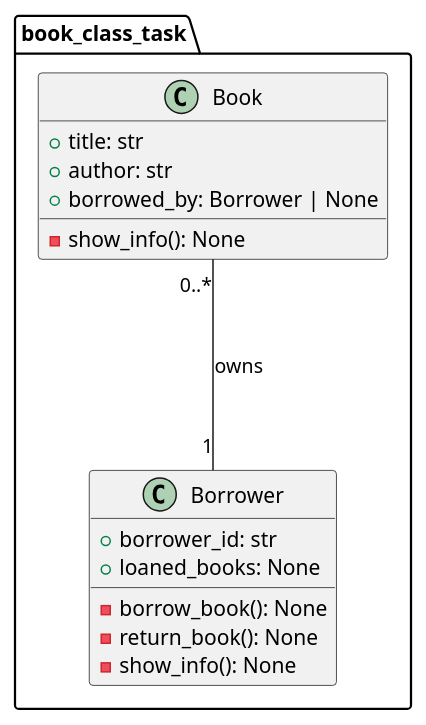
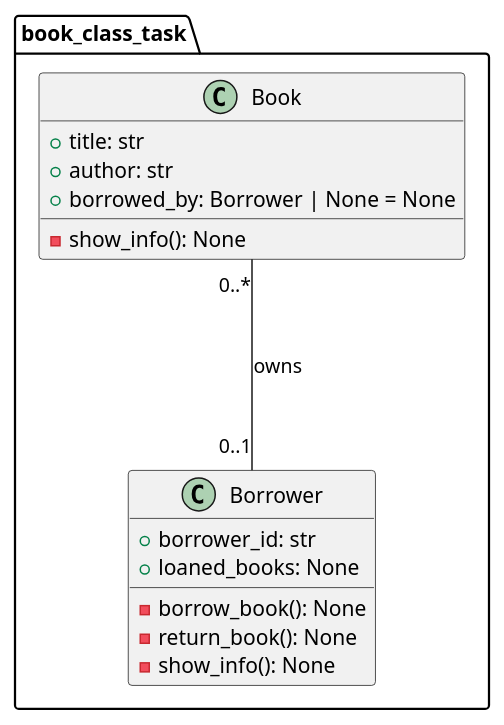
The diagram in src/tasks/3_before_third_test/book_UML.puml (LakBud/Informasjonsteknologi-2-Python-Course), drawn with PlantUML before and after one commit. The commit also changed 9 other files, not shown here.

```diff
--- a/src/tasks/3_before_third_test/book_UML.puml
+++ b/src/tasks/3_before_third_test/book_UML.puml
@@ -1,21 +1,21 @@
 @startuml book_class_task
 !pragma useIntermediatePackages false
 
 class book_class_task.Book {
   + title: str
   + author: str
-  + borrowed_by: Borrower | None
+  + borrowed_by: Borrower | None = None
   - show_info(): None
 }
 
 class book_class_task.Borrower {
   + borrower_id: str
   + loaned_books: None
   - borrow_book(): None
   - return_book(): None
   - show_info(): None
 }
 
-book_class_task.Book "0..*" --- "1" book_class_task.Borrower : owns
+book_class_task.Book "0..*" --- "0..1" book_class_task.Borrower : owns
 
 @enduml
```
